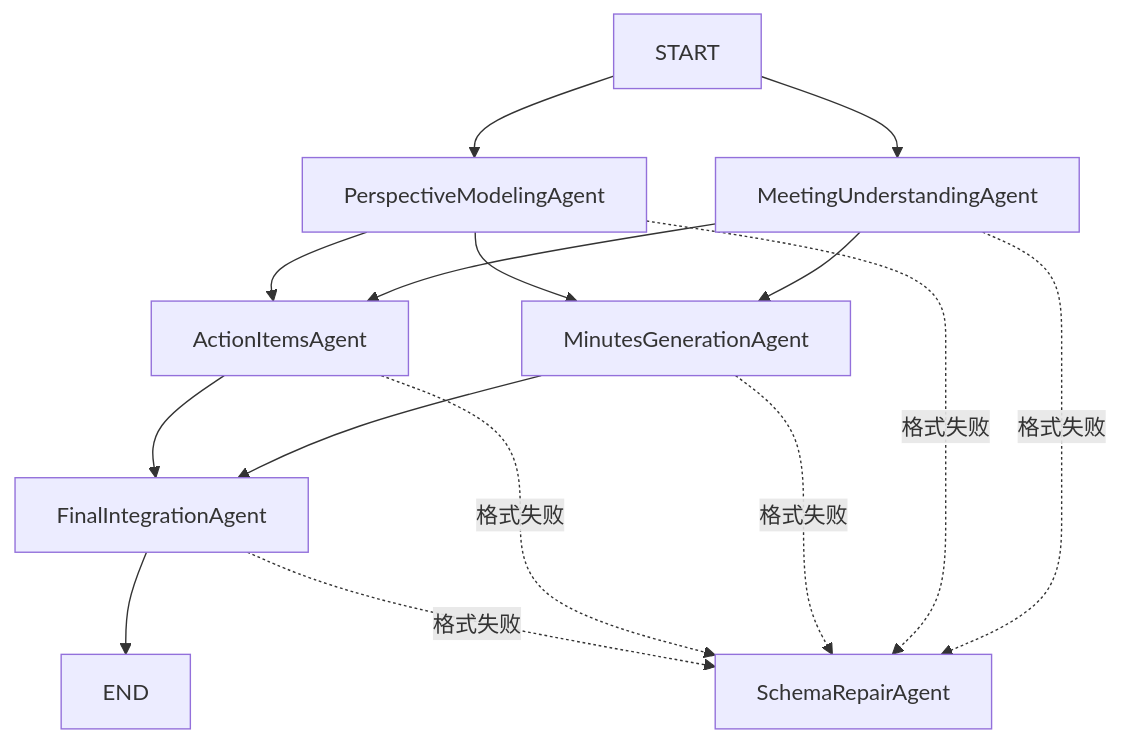
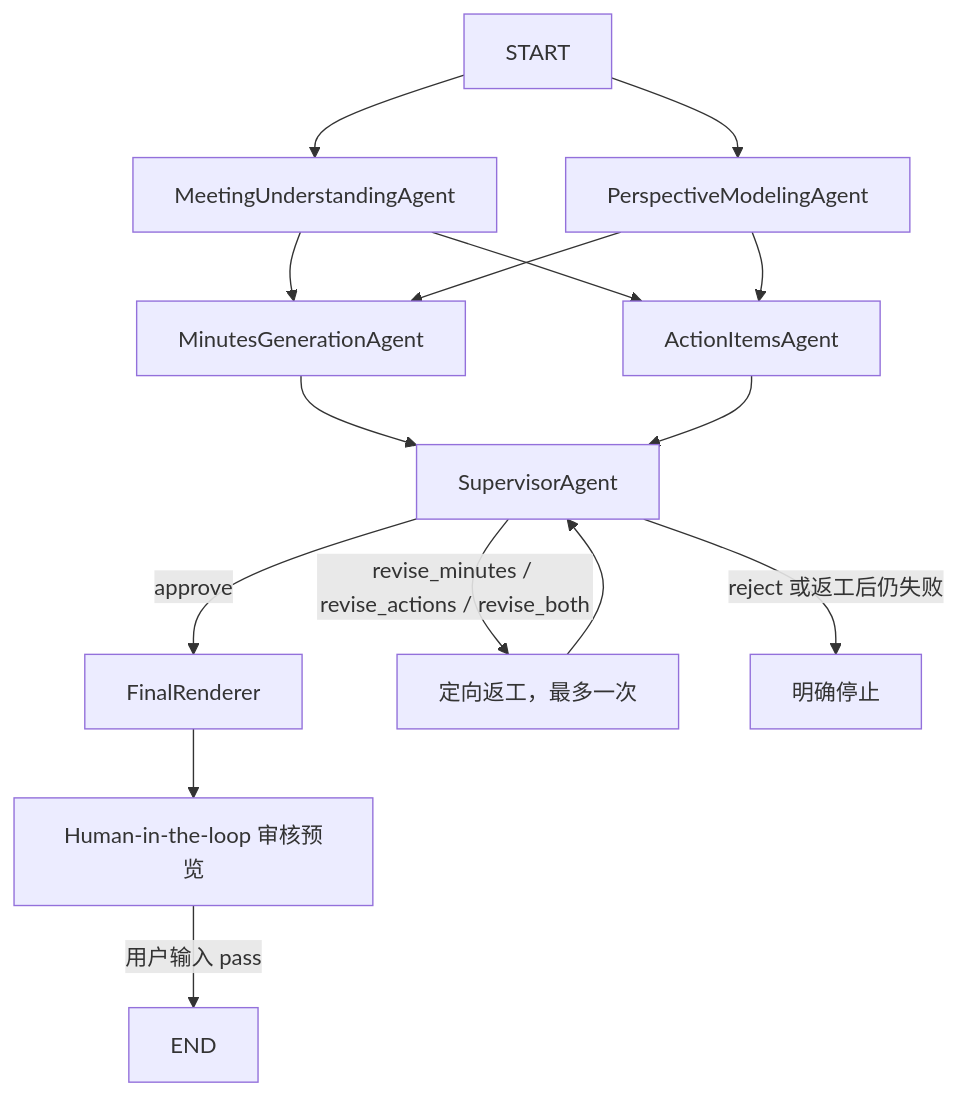
The diagram in ARCHITECTURE.md (ohhhhh-hyf/AgentFlow), drawn with Mermaid before and after one commit. The commit also changed other lines of this file and 19 other files, not shown here.

````diff
--- a/ARCHITECTURE.md
+++ b/ARCHITECTURE.md
@@ -28,21 +223,21 @@
 ```mermaid
 flowchart TD
     START --> MU["MeetingUnderstandingAgent"]
     START --> PM["PerspectiveModelingAgent"]
 
     MU --> MG["MinutesGenerationAgent"]
     PM --> MG
+
     MU --> AI["ActionItemsAgent"]
     PM --> AI
 
-    MG --> FI["FinalIntegrationAgent"]
-    AI --> FI
-    FI --> END
+    MG --> SV["SupervisorAgent"]
+    AI --> SV
 
-    REPAIR["SchemaRepairAgent"]
-    MU -.格式失败.-> REPAIR
-    PM -.格式失败.-> REPAIR
-    MG -.格式失败.-> REPAIR
-    AI -.格式失败.-> REPAIR
-    FI -.格式失败.-> REPAIR
+    SV -->|"approve"| FR["FinalRenderer"]
+    SV -->|"revise_minutes / revise_actions / revise_both"| RV["定向返工，最多一次"]
+    RV --> SV
+    SV -->|"reject 或返工后仍失败"| FAIL["明确停止"]
+    FR --> HR["Human-in-the-loop 审核预览"]
+    HR -->|"用户输入 pass"| END
 ```
````
